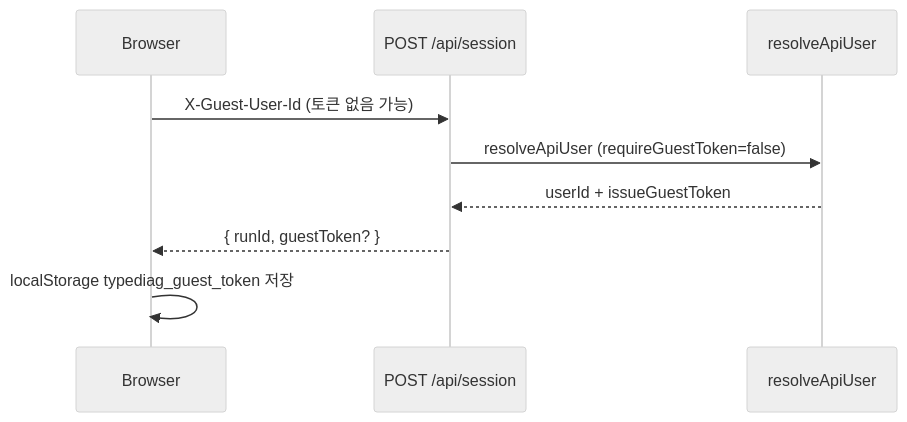
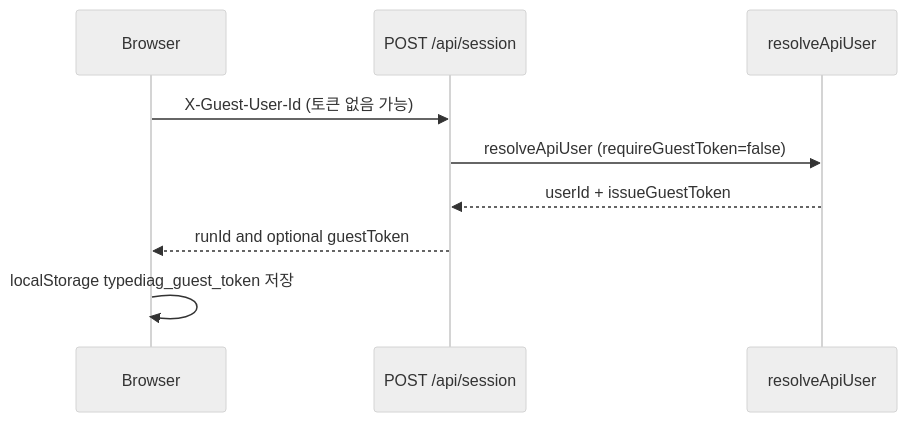
The diagram in docs/AUTH.md (JSkutor/typediag), drawn with Mermaid (neutral theme) before and after one commit. The commit also changed 16 other files, not shown here.

````diff
--- a/docs/AUTH.md
+++ b/docs/AUTH.md
@@ -44,12 +44,12 @@
 ```mermaid
 sequenceDiagram
     participant Browser
     participant SessionAPI as POST /api/session
     participant Resolve as resolveApiUser
 
     Browser->>SessionAPI: X-Guest-User-Id (토큰 없음 가능)
     SessionAPI->>Resolve: resolveApiUser (requireGuestToken=false)
     Resolve-->>SessionAPI: userId + issueGuestToken
-    SessionAPI-->>Browser: { runId, guestToken? }
+    SessionAPI-->>Browser: runId and optional guestToken
     Browser->>Browser: localStorage typediag_guest_token 저장
 ```
````
